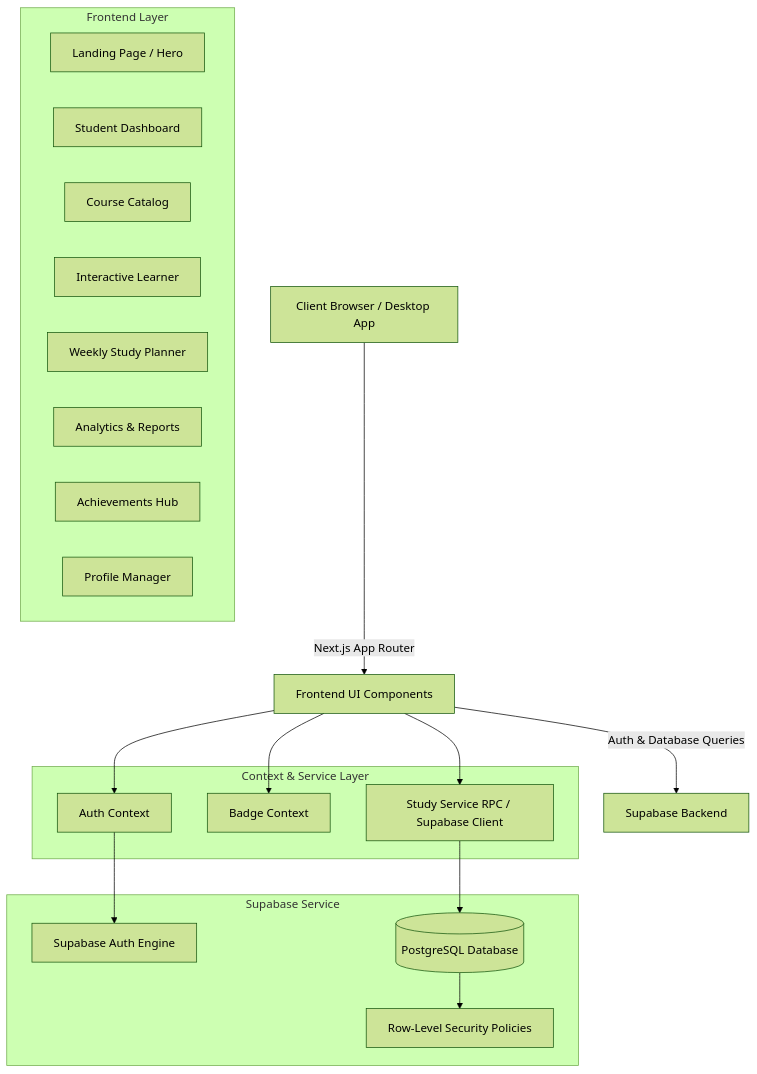
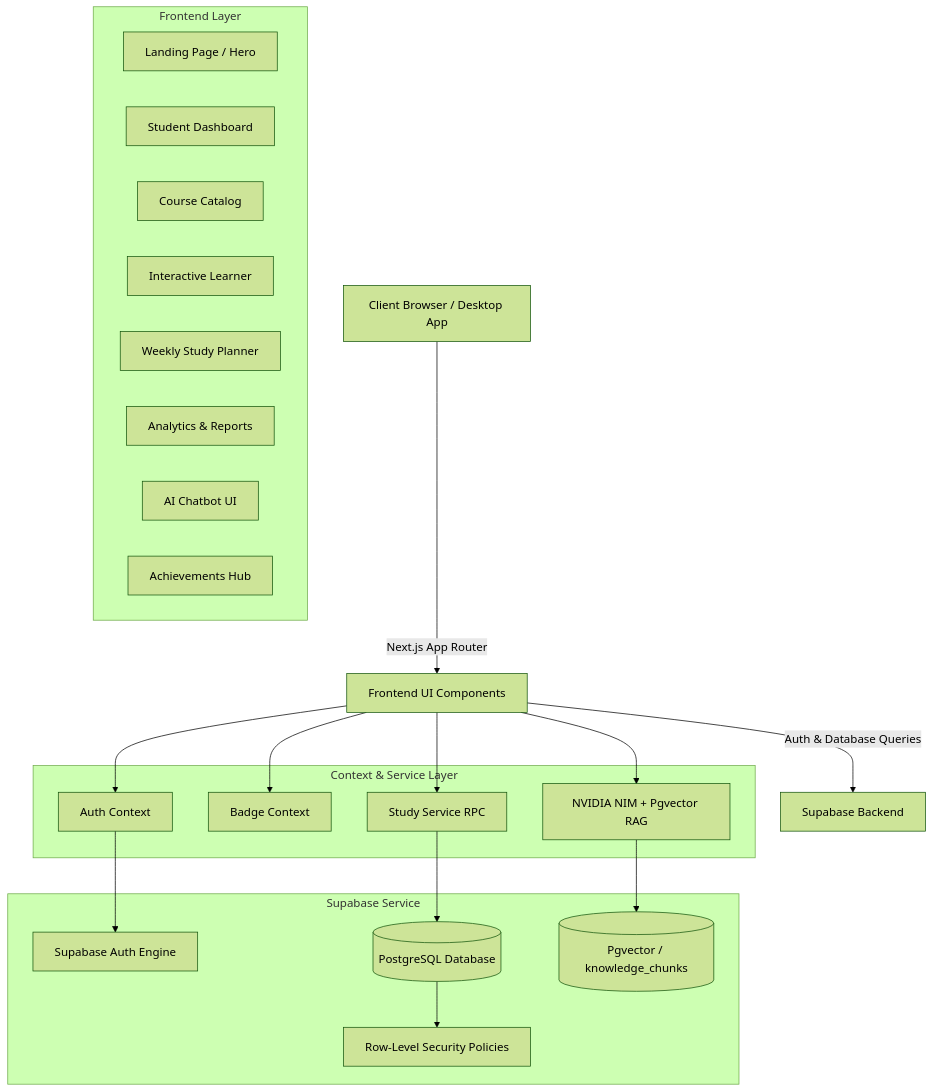
The first of 2 diagrams in README.md (Debjanimandal/Technoeee), drawn with Mermaid (forest theme) before and after one commit. The commit also changed other lines of this file, not shown here.

````diff
--- a/README.md
+++ b/README.md
@@ -40,35 +44,39 @@
 ```mermaid
 graph TD
     Client[Client Browser / Desktop App] -->|Next.js App Router| Frontend[Frontend UI Components]
     Frontend -->|Auth & Database Queries| Supabase[Supabase Backend]
     
     subgraph Frontend Layer
         LandingPage[Landing Page / Hero]
         Dashboard[Student Dashboard]
         CourseCatalog[Course Catalog]
         CourseLearner[Interactive Learner]
         Planner[Weekly Study Planner]
         Reports[Analytics & Reports]
+        Chatbot[AI Chatbot UI]
         BadgesPage[Achievements Hub]
-        ProfileModal[Profile Manager]
     end
 
     subgraph Context & Service Layer
         AuthCtx[Auth Context]
         BadgeCtx[Badge Context]
-        StudyService[Study Service RPC / Supabase Client]
+        StudyService[Study Service RPC]
+        RAG[NVIDIA NIM + Pgvector RAG]
     end
 
     subgraph Supabase Service
         Auth[Supabase Auth Engine]
         DB[(PostgreSQL Database)]
+        VectorDB[(Pgvector / knowledge_chunks)]
         RLS[Row-Level Security Policies]
     end
 
     Frontend --> AuthCtx
     Frontend --> BadgeCtx
     Frontend --> StudyService
+    Frontend --> RAG
     AuthCtx --> Auth
     StudyService --> DB
+    RAG --> VectorDB
     DB --> RLS
 ```
````
